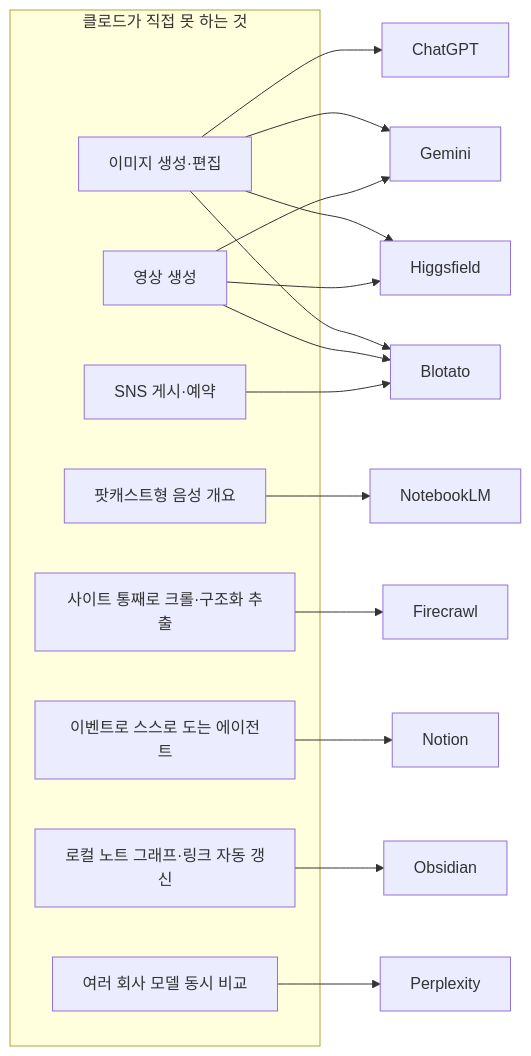
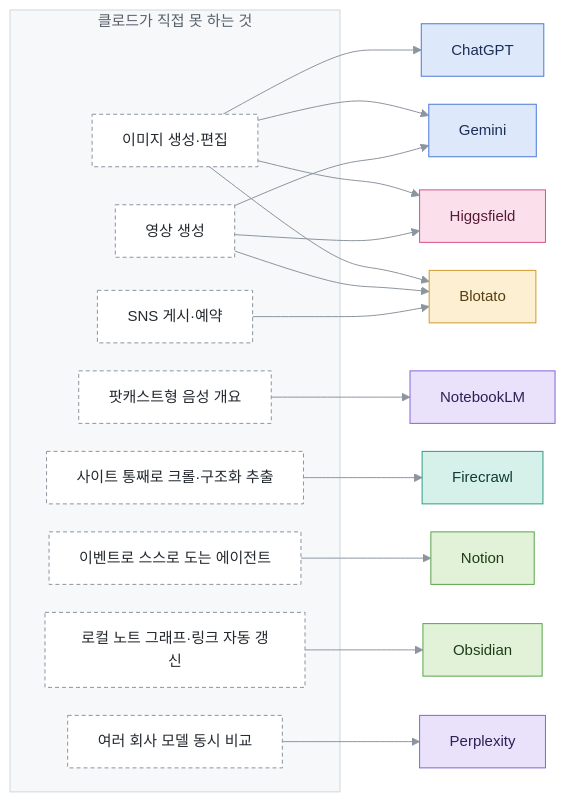
One commit to Ruminem/ai-crew-atlas changed the second of 3 diagrams in TOOLS.md. Above: the diagram before and after it, drawn with Mermaid. The commit also changed other lines of this file and 1 other file, not shown here.

````diff
--- a/TOOLS.md
+++ b/TOOLS.md
@@ -56,27 +94,43 @@
 ```mermaid
+%%{init: {"theme": "base", "themeVariables": {"fontSize": "15px", "primaryTextColor": "#1F2328", "textColor": "#1F2328", "lineColor": "#8C959F", "edgeLabelBackground": "#FFFFFF", "clusterBkg": "#F6F8FA", "clusterBorder": "#D0D7DE", "titleColor": "#57606A"}, "flowchart": {"curve": "basis", "nodeSpacing": 28, "rankSpacing": 70}}}%%
 flowchart LR
     subgraph 클로드가 직접 못 하는 것
         IMG["이미지 생성·편집"]
         VID["영상 생성"]
         AUD["팟캐스트형 음성 개요"]
         CRAWL["사이트 통째로 크롤·구조화 추출"]
         SNS["SNS 게시·예약"]
         EVT["이벤트로 스스로 도는 에이전트"]
         LOCAL["로컬 노트 그래프·링크 자동 갱신"]
         MULTI["여러 회사 모델 동시 비교"]
     end
 
     IMG --> GPT["ChatGPT"]
     IMG --> GEM["Gemini"]
     IMG --> HF["Higgsfield"]
     IMG --> BL["Blotato"]
     VID --> GEM
     VID --> HF
     VID --> BL
     AUD --> NLM["NotebookLM"]
     CRAWL --> FC["Firecrawl"]
     SNS --> BL
     EVT --> NO["Notion"]
     LOCAL --> OB["Obsidian"]
     MULTI --> PPX["Perplexity"]
+
+    classDef gap fill:#FFFFFF,stroke:#8C959F,stroke-dasharray:4 3,color:#24292F
+    classDef general fill:#DDE8FB,stroke:#4C7BD9,color:#1B2E57
+    classDef research fill:#EAE2FB,stroke:#8664D6,color:#2E1F57
+    classDef collect fill:#D6F1EA,stroke:#2E9E86,color:#0F3D33
+    classDef create fill:#FBE0EC,stroke:#D6508A,color:#571B35
+    classDef publish fill:#FCEFD2,stroke:#D29A2E,color:#573F0F
+    classDef record fill:#E2F2D9,stroke:#5AA44A,color:#1F3D17
+    class IMG,VID,AUD,CRAWL,SNS,EVT,LOCAL,MULTI gap
+    class GPT,GEM general
+    class PPX,NLM research
+    class FC collect
+    class HF create
+    class BL publish
+    class NO,OB record
 ```
````
